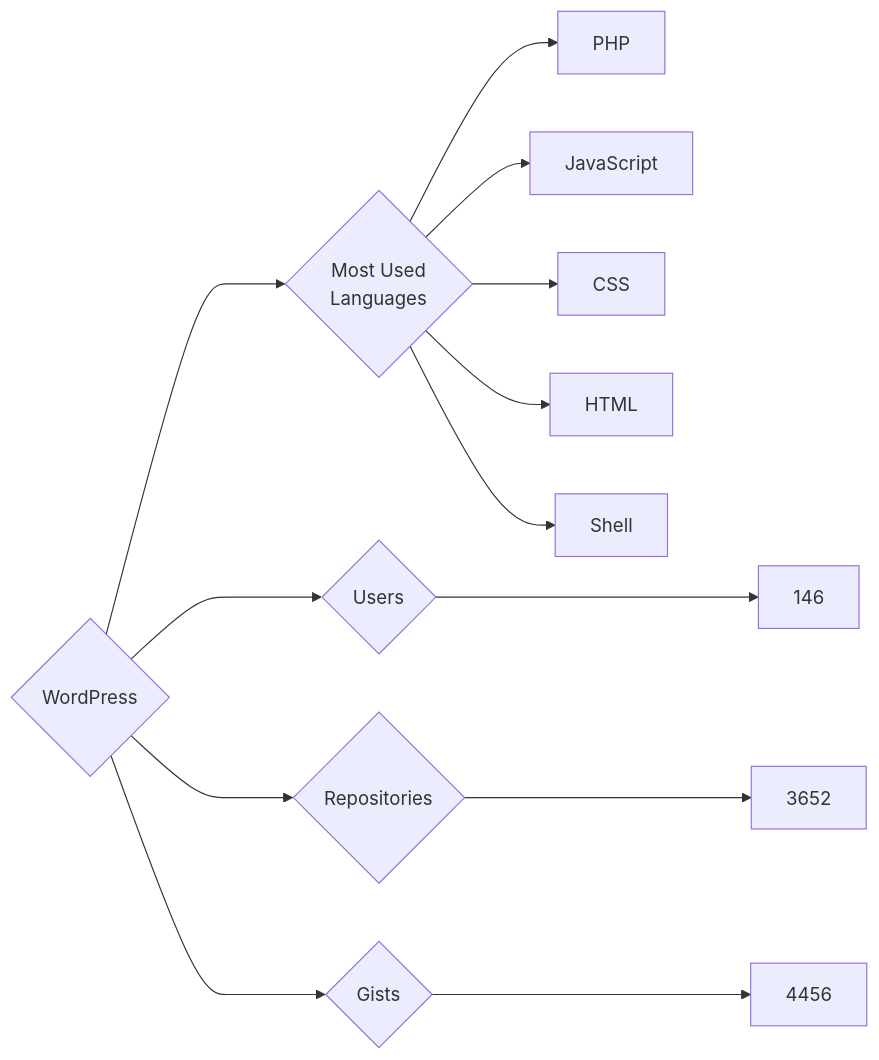
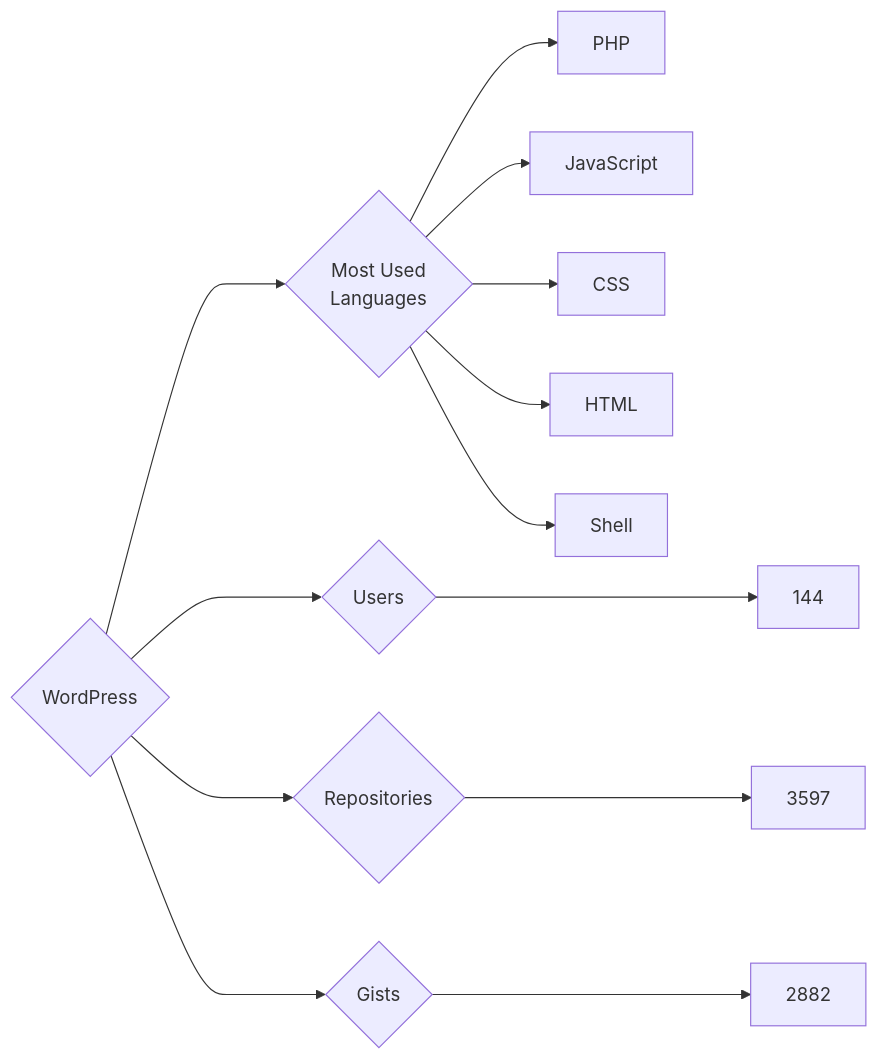
One commit to trickest/insiders changed the diagram in targets/WordPress/README.md. Above: the diagram before and after it, drawn with Mermaid. The commit also changed 1696 other files, not shown here.

````diff
--- a/targets/WordPress/README.md
+++ b/targets/WordPress/README.md
@@ -3,13 +3,13 @@
 ```mermaid
 graph LR
 COMPANY_NAME{WordPress}
-COMPANY_NAME ---> U{Users} ---> UN[146]
-COMPANY_NAME ---> R{Repositories} ---> RN[3652]
-COMPANY_NAME ---> G{Gists} ---> GN[4456]
+COMPANY_NAME ---> U{Users} ---> UN[144]
+COMPANY_NAME ---> R{Repositories} ---> RN[3597]
+COMPANY_NAME ---> G{Gists} ---> GN[2882]
 COMPANY_NAME ---> ML{Most Used<br>Languages}
 ML --> PHP[PHP]
 ML --> JavaScript[JavaScript]
 ML --> CSS[CSS]
 ML --> HTML[HTML]
 ML --> Shell[Shell]
 ```
````
